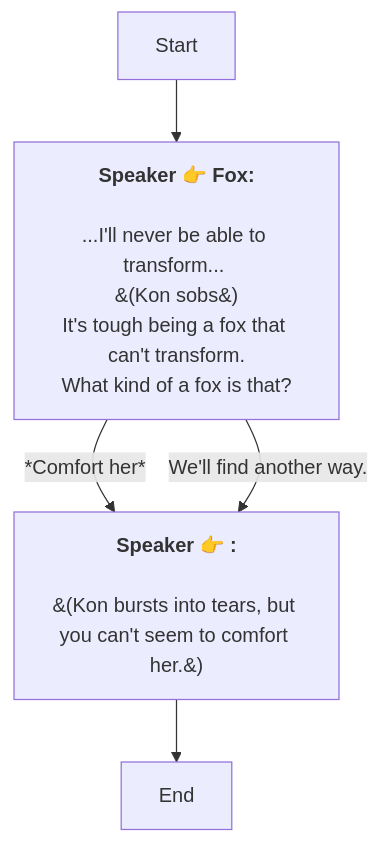
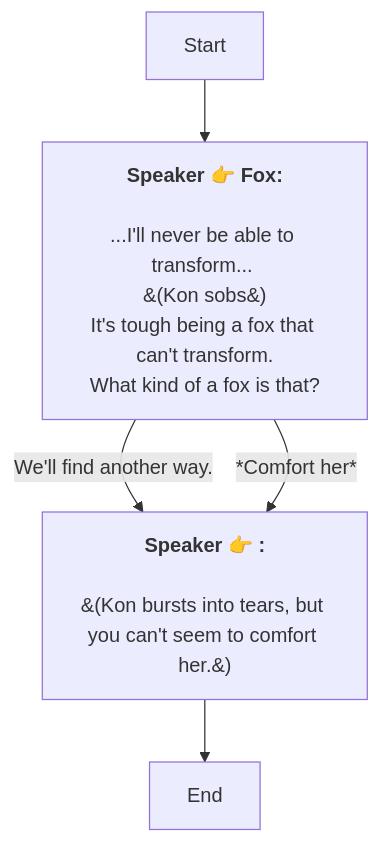
One commit to SoftHu/tos_avg changed the diagram in En/QuestStartTalkENode_1738540510940343.md. Above: the diagram before and after it, drawn with Mermaid. The commit also changed other lines of this file and 780 other files, not shown here.

````diff
--- a/En/QuestStartTalkENode_1738540510940343.md
+++ b/En/QuestStartTalkENode_1738540510940343.md
@@ -1,13 +1,13 @@
 ```mermaid
 graph
 Start -->1738541722740937[<b>Speaker 👉 Fox:</b>
 \n...I'll never be able to transform... 
 &#40;Kon sobs&#41;\nIt's tough being a fox that can't transform.
 What kind of a fox is that?]
+1738541722740937 -->|We'll find another way.|1738545380698359[<b>Speaker 👉 :</b>
+\n&#40;Kon bursts into tears, but you can't seem to comfort her.&#41;]
 1738541722740937 -->|*Comfort her*|1738545380698359[<b>Speaker 👉 :</b>
-\n&#40;Kon bursts into tears, but you can't seem to comfort her.&#41;]
-1738541722740937 -->|We'll find another way.|1738545380698359[<b>Speaker 👉 :</b>
 \n&#40;Kon bursts into tears, but you can't seem to comfort her.&#41;]
 1738545380698359 -->1738542826258647[End]
 
 ```
````
